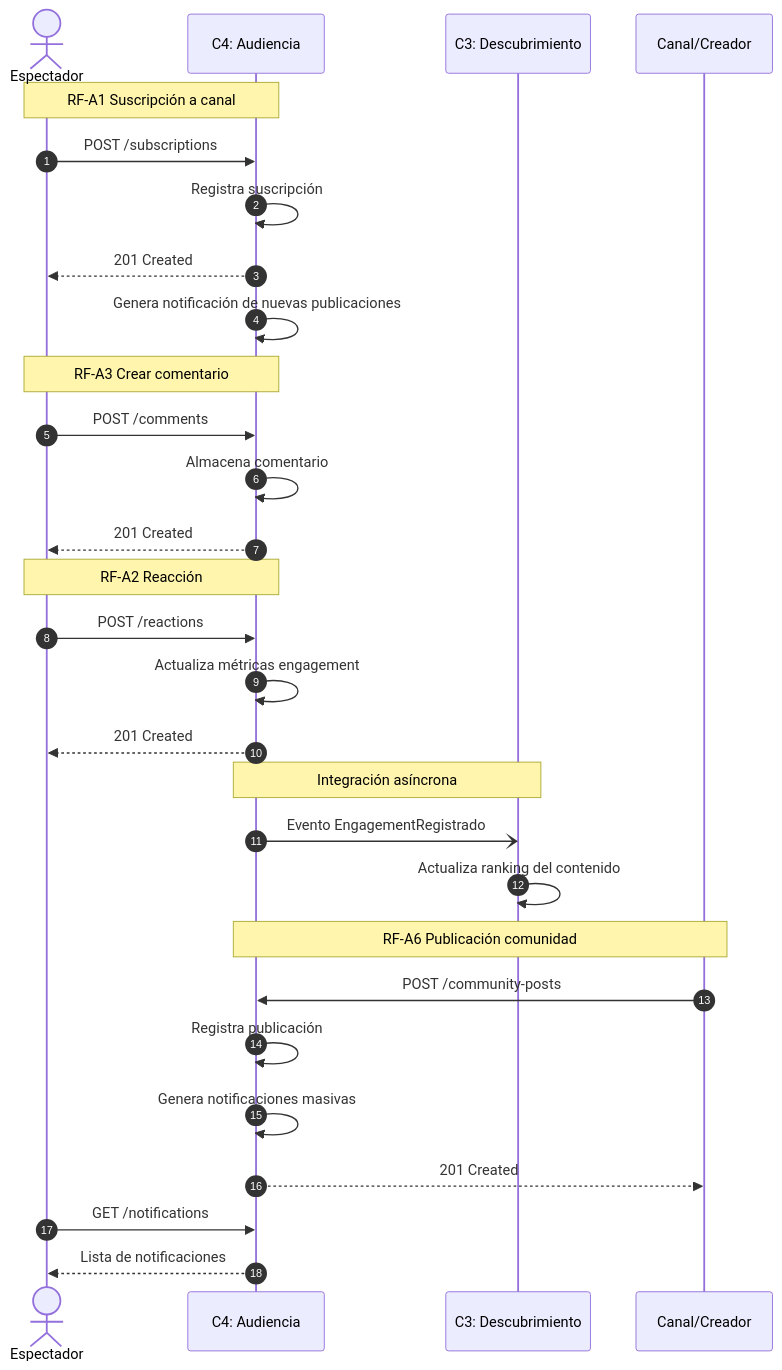
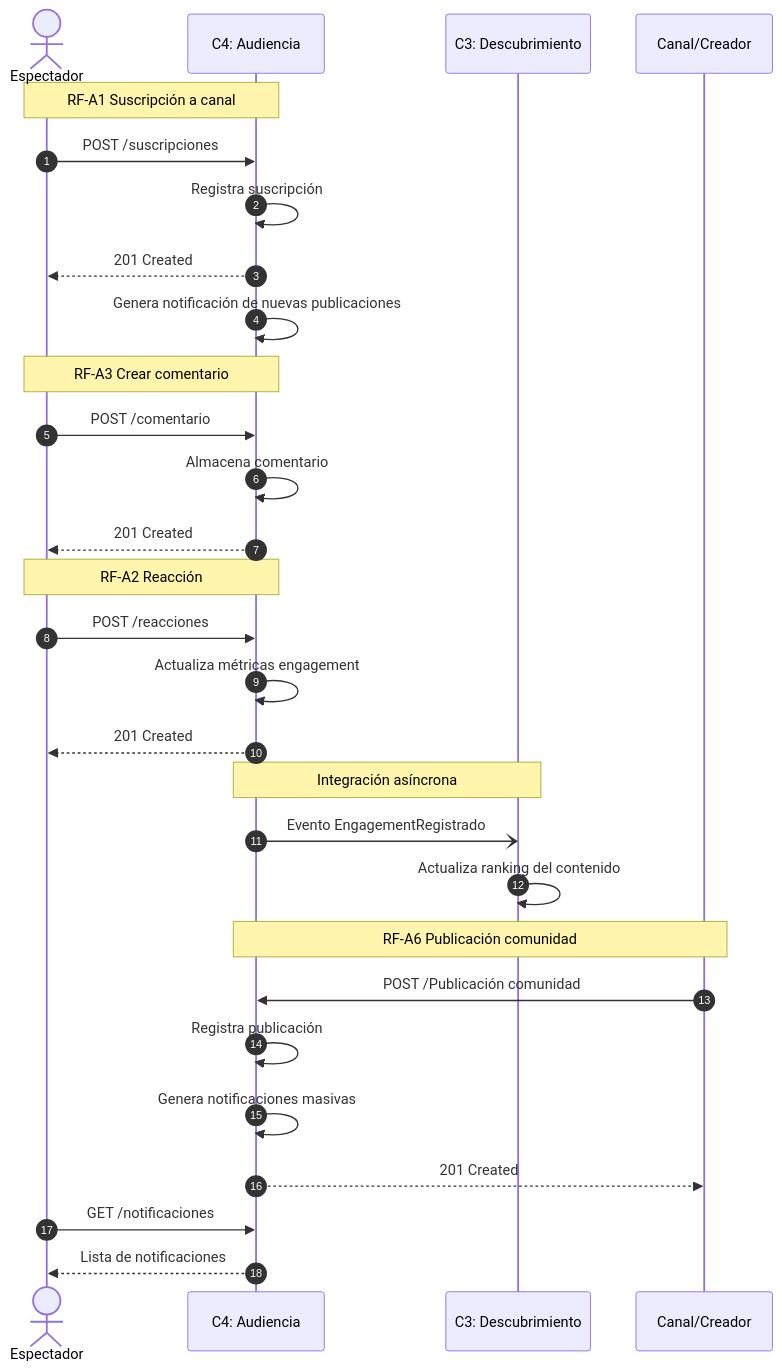
One commit to Wheaor/OpenAPI---Youtube changed the second of 2 diagrams in bounded-contexts-4-audiencia/README.md. Above: the diagram before and after it, drawn with Mermaid.

````diff
--- a/bounded-contexts-4-audiencia/README.md
+++ b/bounded-contexts-4-audiencia/README.md
@@ -156,54 +156,54 @@
 ```mermaid
 sequenceDiagram
     autonumber
 
     actor User as Espectador
     participant C4 as C4: Audiencia
     participant C3 as C3: Descubrimiento
     participant Creator as Canal/Creador
 
     %% --- SUSCRIPCIÓN ---
     Note over User,C4: RF-A1 Suscripción a canal
 
-    User->>C4: POST /subscriptions
+    User->>C4: POST /suscripciones
     C4->>C4: Registra suscripción
     C4-->>User: 201 Created
 
     %% --- NOTIFICACIÓN ---
     C4->>C4: Genera notificación de nuevas publicaciones
 
     %% --- COMENTARIO ---
     Note over User,C4: RF-A3 Crear comentario
 
-    User->>C4: POST /comments
+    User->>C4: POST /comentario
     C4->>C4: Almacena comentario
     C4-->>User: 201 Created
 
     %% --- LIKE ---
     Note over User,C4: RF-A2 Reacción
 
-    User->>C4: POST /reactions
+    User->>C4: POST /reacciones
     C4->>C4: Actualiza métricas engagement
     C4-->>User: 201 Created
 
     %% --- EVENTO HACIA DESCUBRIMIENTO ---
     Note over C4,C3: Integración asíncrona
 
     C4-)C3: Evento EngagementRegistrado
     C3->>C3: Actualiza ranking del contenido
 
     %% --- PUBLICACIÓN DE COMUNIDAD ---
     Note over Creator,C4: RF-A6 Publicación comunidad
 
-    Creator->>C4: POST /community-posts
+    Creator->>C4: POST /Publicación comunidad
     C4->>C4: Registra publicación
 
     %% --- NOTIFICACIÓN A SUSCRIPTORES ---
     C4->>C4: Genera notificaciones masivas
 
     C4-->>Creator: 201 Created
 
     %% --- CONSULTA DE NOTIFICACIONES ---
-    User->>C4: GET /notifications
+    User->>C4: GET /notificaciones
     C4-->>User: Lista de notificaciones
 ```
````
